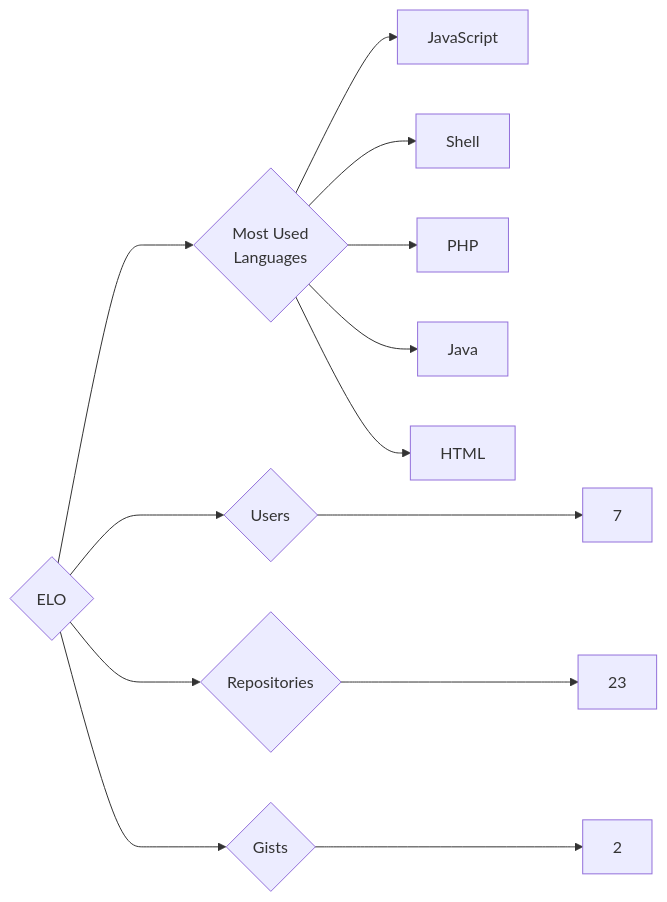
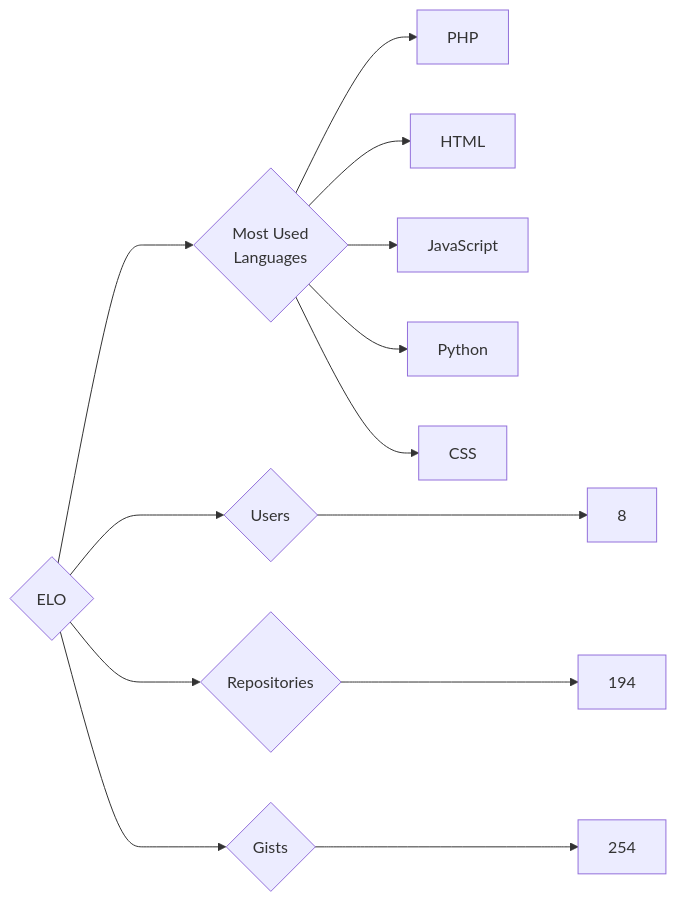
Before and after one commit to trickest/insiders: the diagram in targets/ELO/README.md, drawn with Mermaid. The commit also changed 1055 other files, not shown here.

````diff
--- a/targets/ELO/README.md
+++ b/targets/ELO/README.md
@@ -3,13 +3,13 @@
 ```mermaid
 graph LR
 COMPANY_NAME{ELO}
-COMPANY_NAME ---> U{Users} ---> UN[7]
-COMPANY_NAME ---> R{Repositories} ---> RN[23]
-COMPANY_NAME ---> G{Gists} ---> GN[2]
+COMPANY_NAME ---> U{Users} ---> UN[8]
+COMPANY_NAME ---> R{Repositories} ---> RN[194]
+COMPANY_NAME ---> G{Gists} ---> GN[254]
 COMPANY_NAME ---> ML{Most Used<br>Languages}
+ML --> PHP[PHP]
+ML --> HTML[HTML]
 ML --> JavaScript[JavaScript]
-ML --> Shell[Shell]
-ML --> PHP[PHP]
-ML --> Java[Java]
-ML --> HTML[HTML]
+ML --> Python[Python]
+ML --> CSS[CSS]
 ```
````
